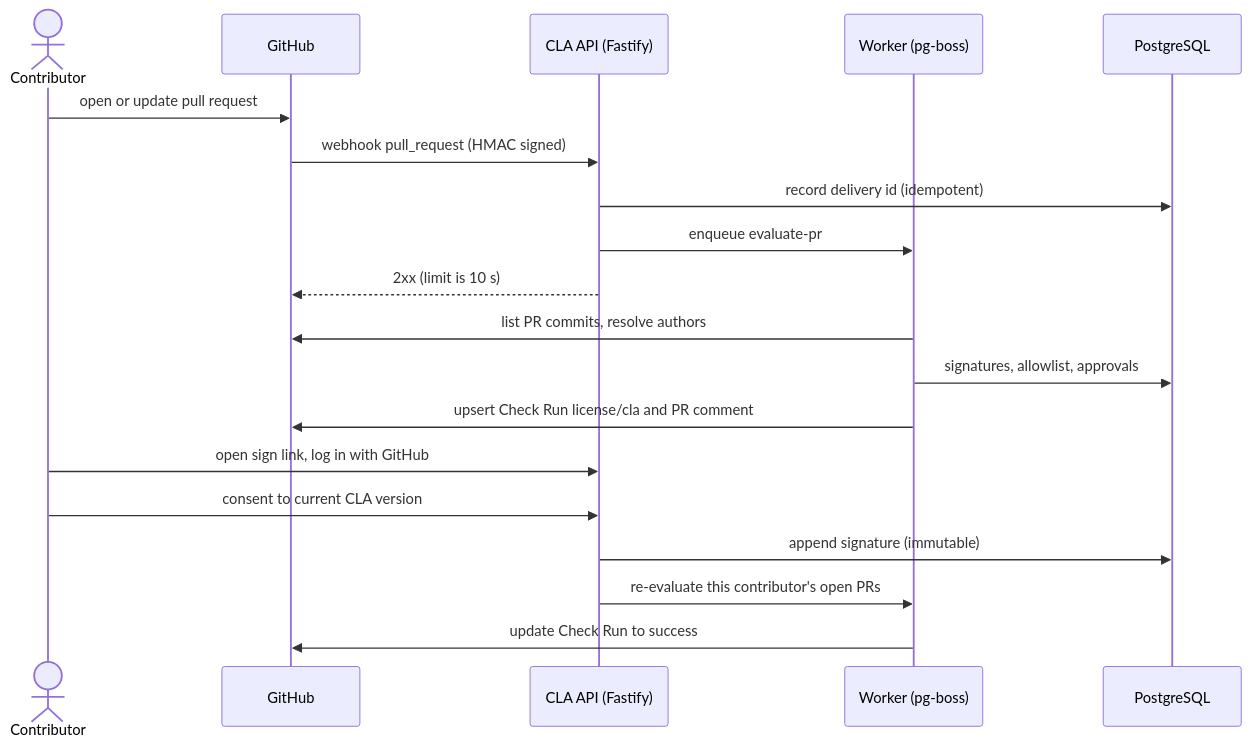
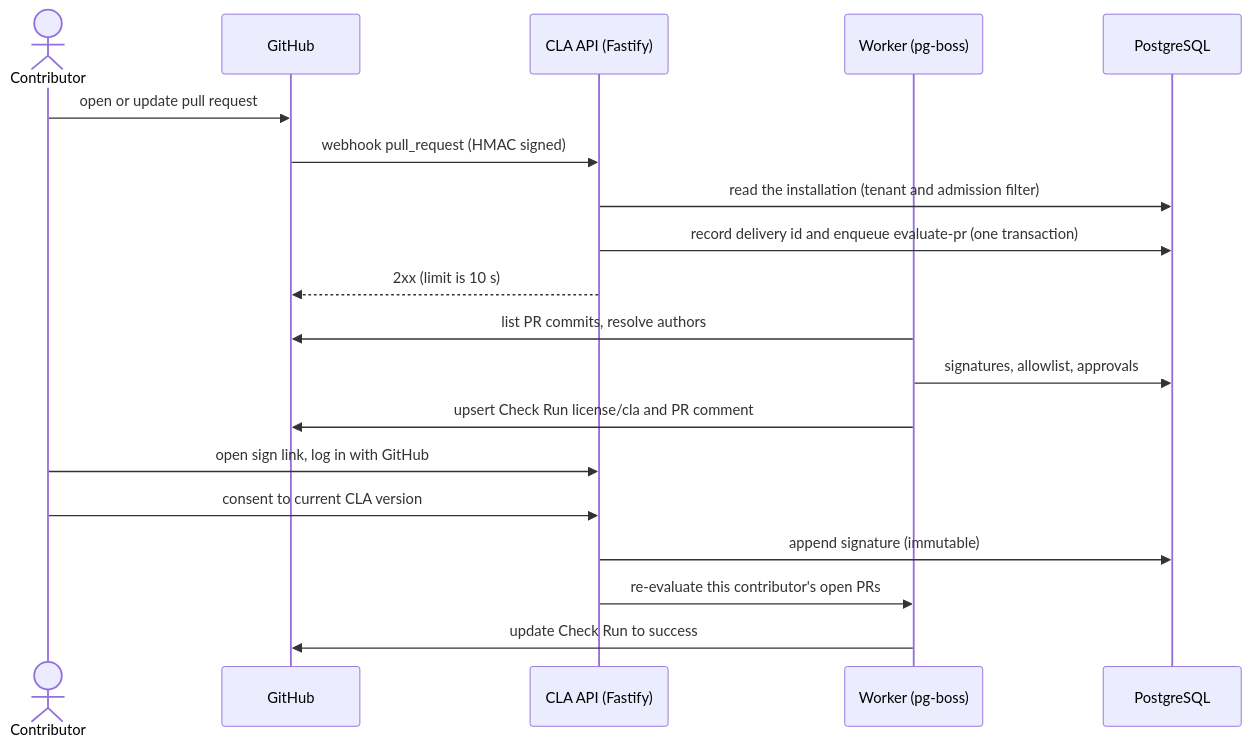
One commit to Axiumine/cla-gate changed the diagram in docs/architecture.md. Above: the diagram before and after it, drawn with Mermaid. The commit also changed other lines of this file and 131 other files, not shown here.

````diff
--- a/docs/architecture.md
+++ b/docs/architecture.md
@@ -34,22 +34,22 @@
 ```mermaid
 sequenceDiagram
     actor C as Contributor
     participant GH as GitHub
     participant API as CLA API (Fastify)
     participant W as Worker (pg-boss)
     participant DB as PostgreSQL
 
     C->>GH: open or update pull request
     GH->>API: webhook pull_request (HMAC signed)
-    API->>DB: record delivery id (idempotent)
-    API->>W: enqueue evaluate-pr
+    API->>DB: read the installation (tenant and admission filter)
+    API->>DB: record delivery id and enqueue evaluate-pr (one transaction)
     API-->>GH: 2xx (limit is 10 s)
     W->>GH: list PR commits, resolve authors
     W->>DB: signatures, allowlist, approvals
     W->>GH: upsert Check Run license/cla and PR comment
     C->>API: open sign link, log in with GitHub
     C->>API: consent to current CLA version
     API->>DB: append signature (immutable)
     API->>W: re-evaluate this contributor's open PRs
     W->>GH: update Check Run to success
 ```
````
